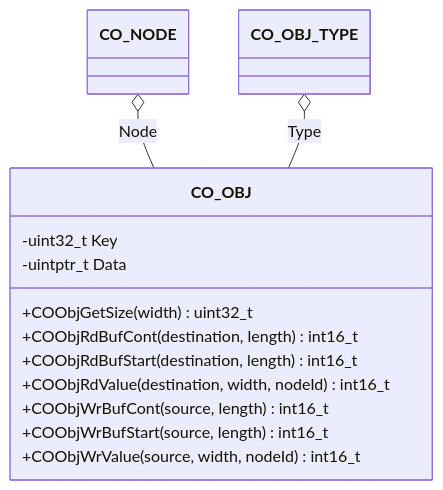
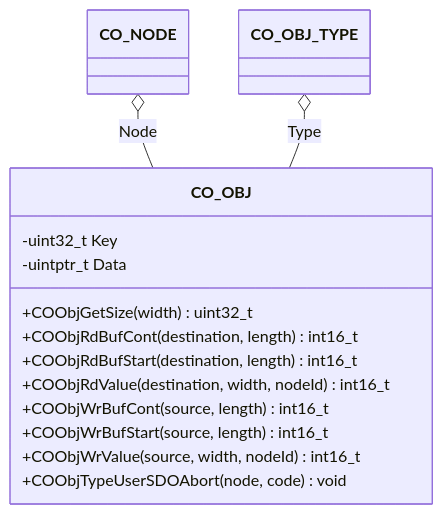
The diagram in docs/docs/api/object/index.md (embedded-office/canopen-stack), drawn with Mermaid before and after one commit. The commit also changed 7 other files, not shown here.

Commit message:
Introduce COObjTypeUserSDOAbort() for setting user defined SDO abort code in type functions

````diff
--- a/docs/docs/api/object/index.md
+++ b/docs/docs/api/object/index.md
@@ -18,16 +18,17 @@
 ```mermaid
   classDiagram
       CO_NODE o-- CO_OBJ : Node
       CO_OBJ_TYPE o-- CO_OBJ : Type
       class CO_OBJ {
         -uint32_t Key
         -uintptr_t Data
         +COObjGetSize(width) uint32_t
         +COObjRdBufCont(destination, length) int16_t
         +COObjRdBufStart(destination, length) int16_t
         +COObjRdValue(destination, width, nodeId) int16_t
         +COObjWrBufCont(source, length) int16_t
         +COObjWrBufStart(source, length) int16_t
         +COObjWrValue(source, width, nodeId) int16_t
+        +COObjTypeUserSDOAbort(node, code) void
       }
 ```
````
